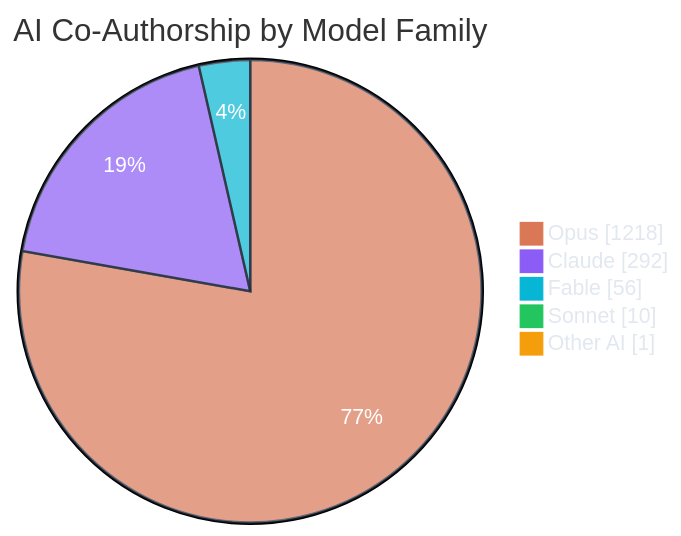
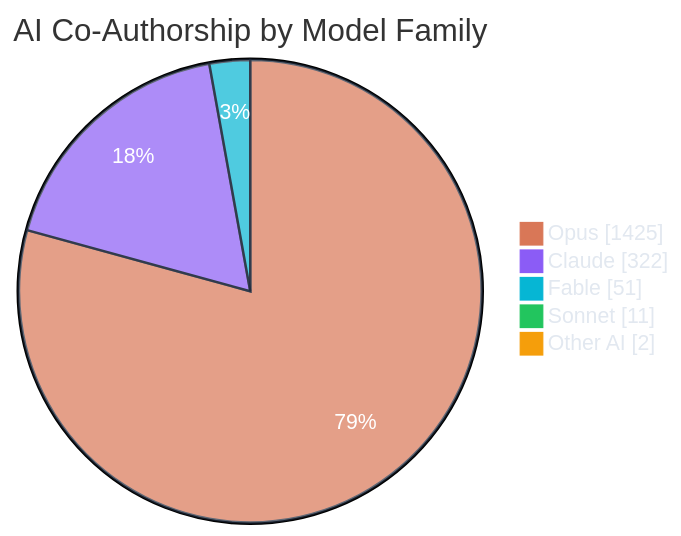
One commit to polo-nyan/polo-nyan changed the third of 7 diagrams in README.md. Above: the diagram before and after it, drawn with Mermaid. The commit also changed other lines of this file and 1 other file, not shown here.

````diff
--- a/README.md
+++ b/README.md
@@ -279,10 +279,10 @@
 ```mermaid
 %%{init: {"theme": "base", "themeVariables": { "pie1": "#d97757", "pie2": "#8b5cf6", "pie3": "#06b6d4", "pie4": "#22c55e", "pie5": "#f59e0b", "pie6": "#ec4899", "pieTextColor": "#ffffff", "pieLegendTextColor": "#e2e8f0", "pieSectionTextColor": "#ffffff", "pieStrokeColor": "#1e293b" }}}%%
 pie showData
     title AI Co-Authorship by Model Family
-    "Opus" : 1218
-    "Claude" : 292
-    "Fable" : 56
-    "Sonnet" : 10
-    "Other AI" : 1
+    "Opus" : 1425
+    "Claude" : 322
+    "Fable" : 51
+    "Sonnet" : 11
+    "Other AI" : 2
 ```
````
